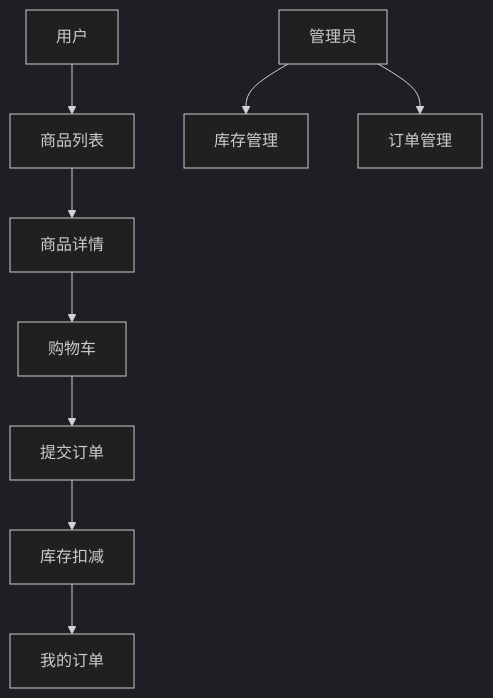
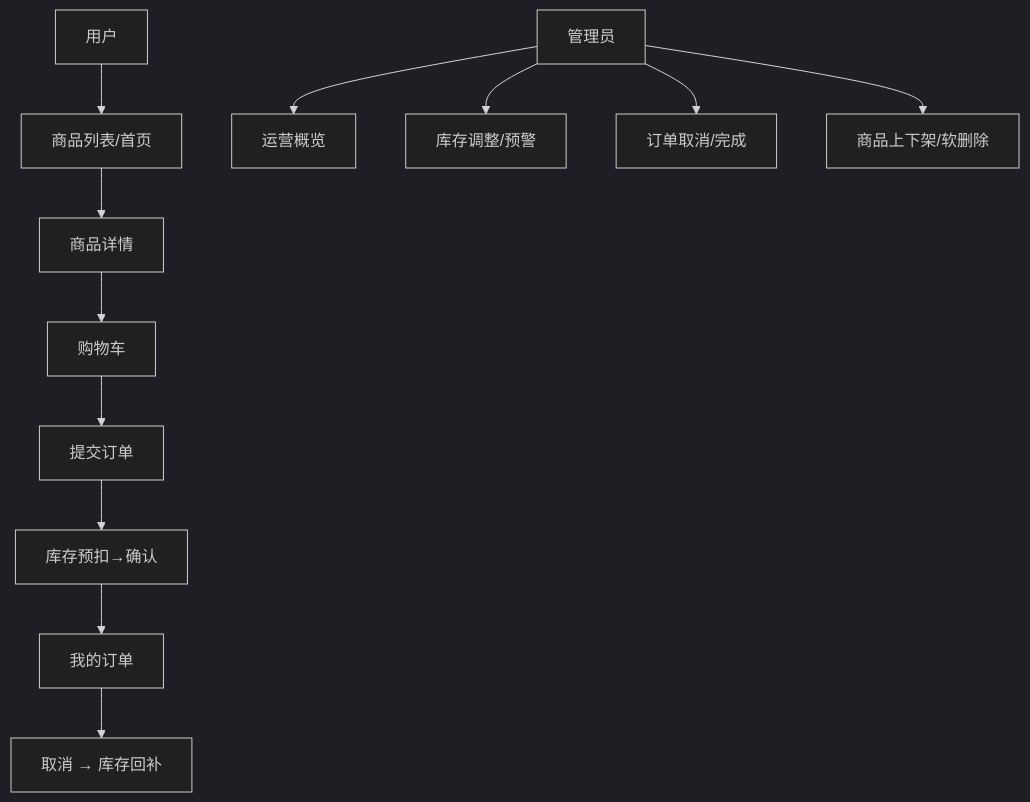
Before and after one commit to CHEN1998-create/fresh-microservices: the second of 3 diagrams in PRD.md, drawn with Mermaid (dark theme). The commit also changed other lines of this file and 2 other files, not shown here.

````diff
--- a/PRD.md
+++ b/PRD.md
@@ -204,11 +110,14 @@
 ```mermaid
 flowchart TD
-  user["用户"] --> products["商品列表"]
+  user["用户"] --> products["商品列表/首页"]
   products --> detail["商品详情"]
   detail --> cart["购物车"]
   cart --> order["提交订单"]
-  order --> inventory["库存扣减"]
+  order --> inventory["库存预扣→确认"]
   inventory --> orders["我的订单"]
-  admin["管理员"] --> inventoryAdmin["库存管理"]
-  admin --> orderAdmin["订单管理"]
+  orders --> cancel["取消 → 库存回补"]
+  admin["管理员"] --> dash["运营概览"]
+  admin --> inventoryAdmin["库存调整/预警"]
+  admin --> orderAdmin["订单取消/完成"]
+  admin --> productAdmin["商品上下架/软删除"]
 ```
````
